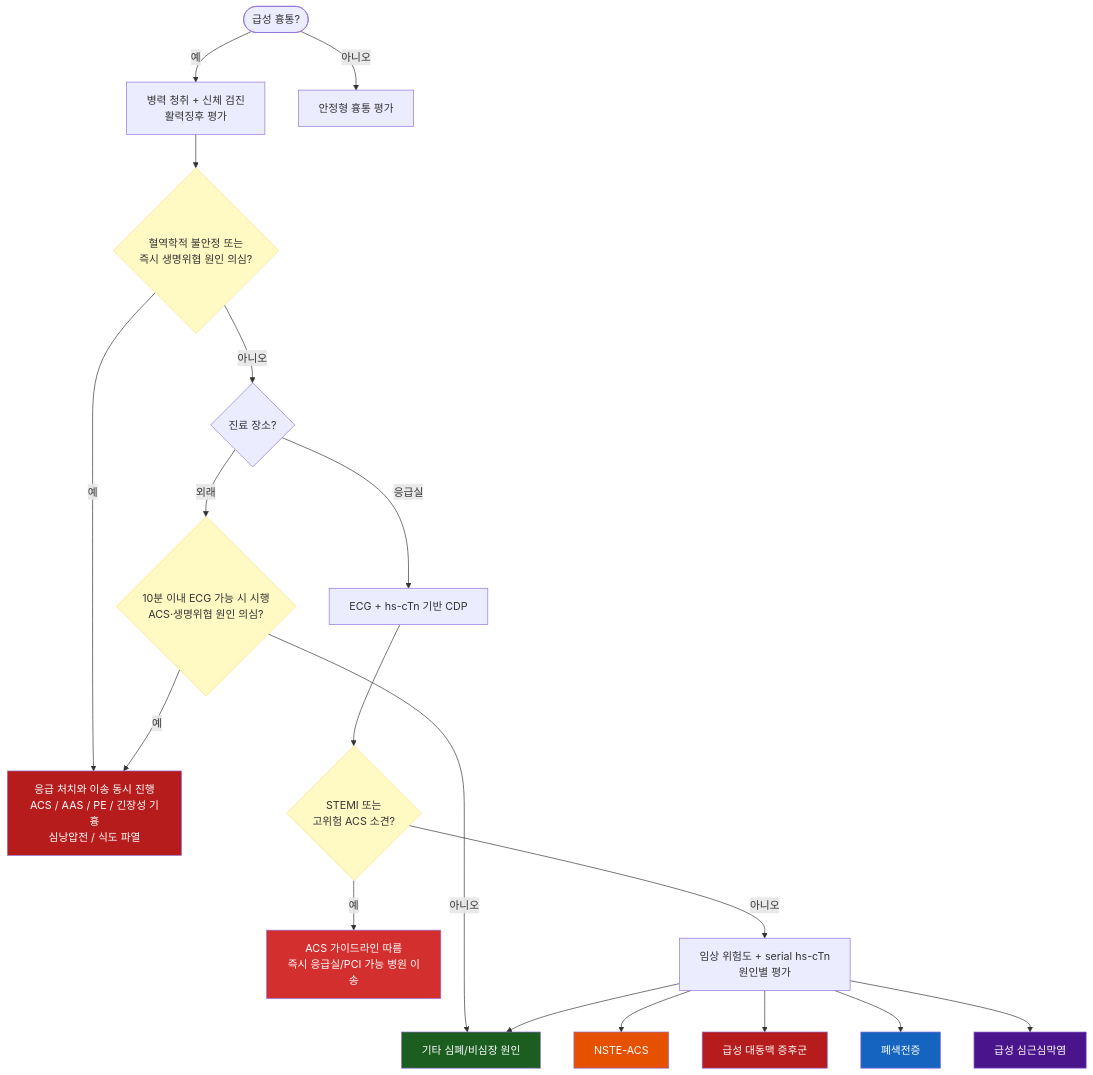
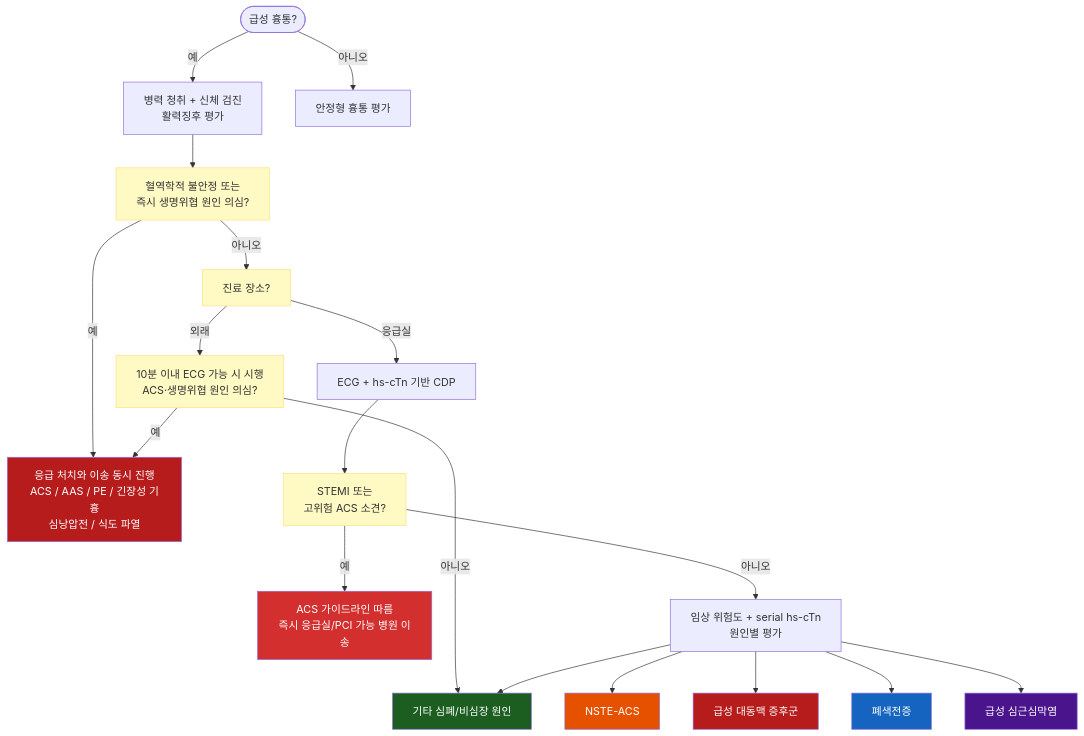
The second of 2 diagrams in 220_/002_-chest-pain.md (familyoh77/familyoh77), drawn with Mermaid before and after one commit. The commit also changed other lines of this file, not shown here.

````diff
--- a/220_/002_-chest-pain.md
+++ b/220_/002_-chest-pain.md
@@ -264,35 +263,36 @@
 ```mermaid
 flowchart TD
     A(["급성 흉통?"]) -->|예| B["병력 청취 + 신체 검진<br>활력징후 평가"]
     A -->|아니오| Z["안정형 흉통 평가"]
 
-    B --> L{"혈역학적 불안정 또는<br>즉시 생명위협 원인 의심?"}
+    B --> L["혈역학적 불안정 또는<br>즉시 생명위협 원인 의심?"]
     L -->|예| R["응급 처치와 이송 동시 진행<br>ACS / AAS / PE / 긴장성 기흉<br>심낭압전 / 식도 파열"]
-    L -->|아니오| C{"진료 장소?"}
+    L -->|아니오| C["진료 장소?"]
 
-    C -->|외래| O{"10분 이내 ECG 가능 시 시행<br>ACS·생명위협 원인 의심?"}
+    C -->|외래| O["10분 이내 ECG 가능 시 시행<br>ACS·생명위협 원인 의심?"]
     C -->|응급실| T["ECG + hs-cTn 기반 CDP"]
 
     O -->|예| R
     O -->|아니오| K
-    T --> Q{"STEMI 또는<br>고위험 ACS 소견?"}
+    T --> Q["STEMI 또는<br>고위험 ACS 소견?"]
     Q -->|예| D["ACS 가이드라인 따름<br>즉시 응급실/PCI 가능 병원 이송"]
     Q -->|아니오| E["임상 위험도 + serial hs-cTn<br>원인별 평가"]
 
     E --> G["NSTE-ACS"]
     E --> H["급성 대동맥 증후군"]
     E --> I["폐색전증"]
     E --> J["급성 심근심막염"]
     E --> K["기타 심폐/비심장 원인"]
 
     style L fill:#fff9c4,stroke:#ffe082
     style R fill:#b71c1c,color:#fff
+    style C fill:#fff9c4,stroke:#ffe082
     style Q fill:#fff9c4,stroke:#ffe082
     style O fill:#fff9c4,stroke:#ffe082
     style D fill:#d32f2f,color:#fff
     style G fill:#e65100,color:#fff
     style H fill:#b71c1c,color:#fff
     style I fill:#1565c0,color:#fff
     style J fill:#4a148c,color:#fff
     style K fill:#1b5e20,color:#fff
 ```
````
